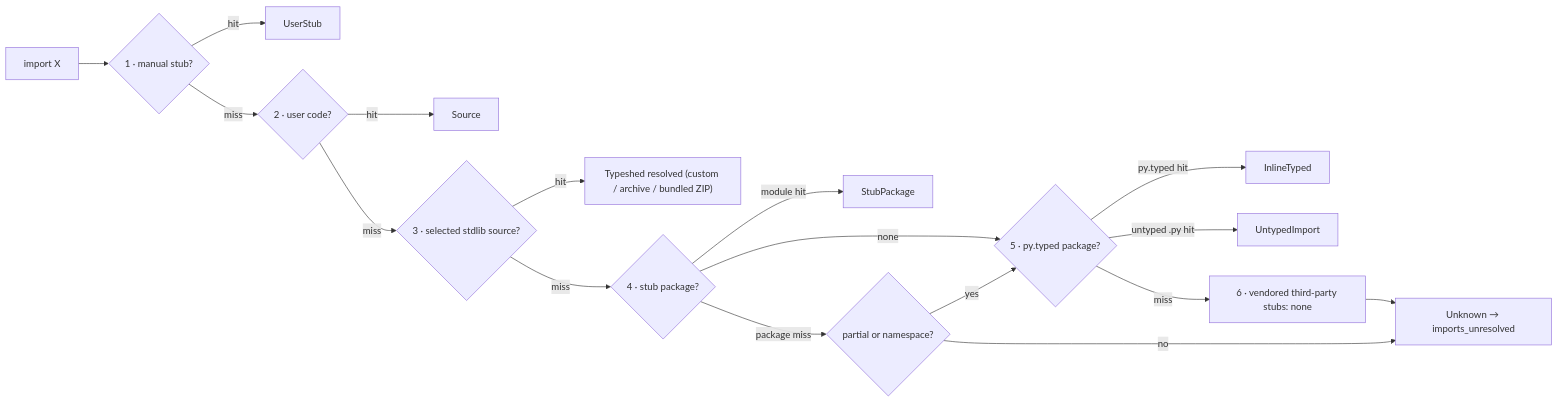
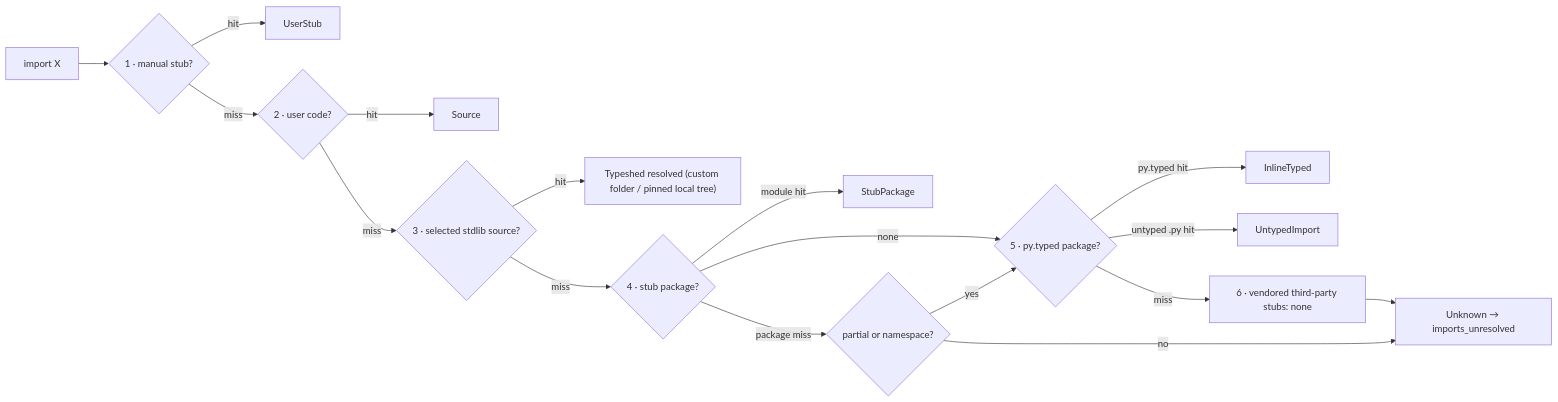
One commit to Nimblesite/Basilisk changed the diagram in docs/specs/CHECKER-STUB-RESOLUTION-SPEC.md. Above: the diagram before and after it, drawn with Mermaid. The commit also changed other lines of this file and 430 other files, not shown here.

````diff
--- a/docs/specs/CHECKER-STUB-RESOLUTION-SPEC.md
+++ b/docs/specs/CHECKER-STUB-RESOLUTION-SPEC.md
@@ -169,19 +169,19 @@
 ```mermaid
 flowchart LR
     A["import X"] --> S1{"1 · manual stub?"}
     S1 -- hit --> R1["UserStub"]
     S1 -- miss --> S2{"2 · user code?"}
     S2 -- hit --> R2["Source"]
     S2 -- miss --> S3{"3 · selected stdlib source?"}
-    S3 -- hit --> R3["Typeshed resolved (custom / archive / bundled ZIP)"]
+    S3 -- hit --> R3["Typeshed resolved (custom folder / pinned local tree)"]
     S3 -- miss --> S4{"4 · stub package?"}
     S4 -- module hit --> R4["StubPackage"]
     S4 -- none --> S5{"5 · py.typed package?"}
     S4 -- package miss --> P4{"partial or namespace?"}
     P4 -- yes --> S5
     P4 -- no --> U
     S5 -- py.typed hit --> R5["InlineTyped"]
     S5 -- untyped .py hit --> R5U["UntypedImport"]
     S5 -- miss --> S6["6 · vendored third-party stubs: none"]
     S6 --> U["Unknown → imports_unresolved"]
 ```
````
